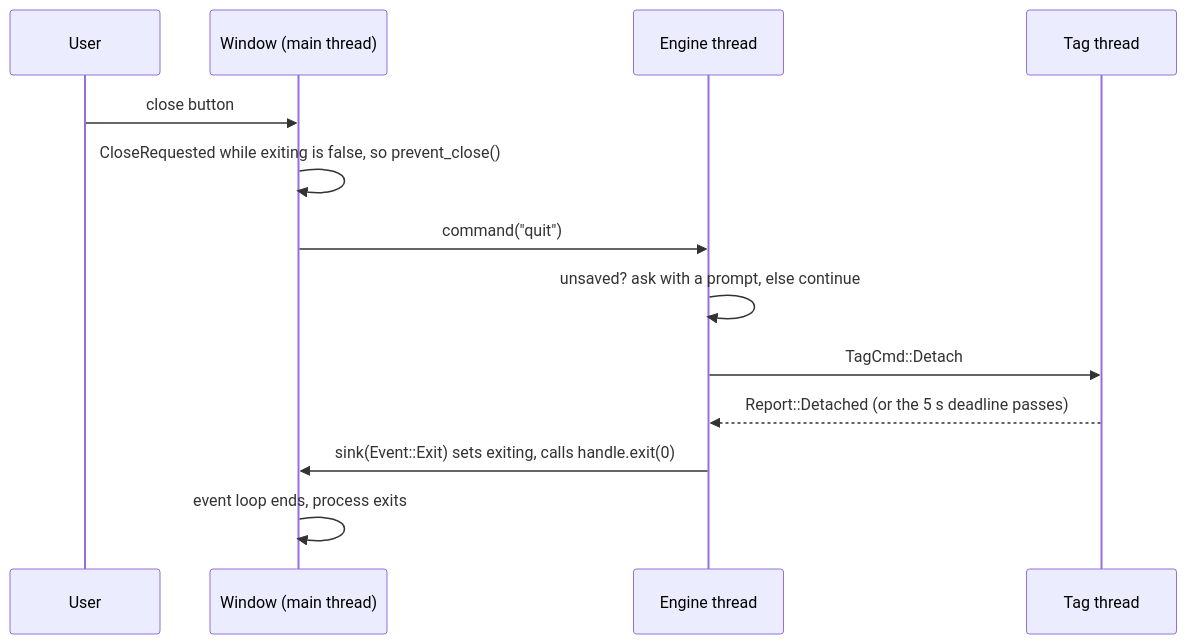
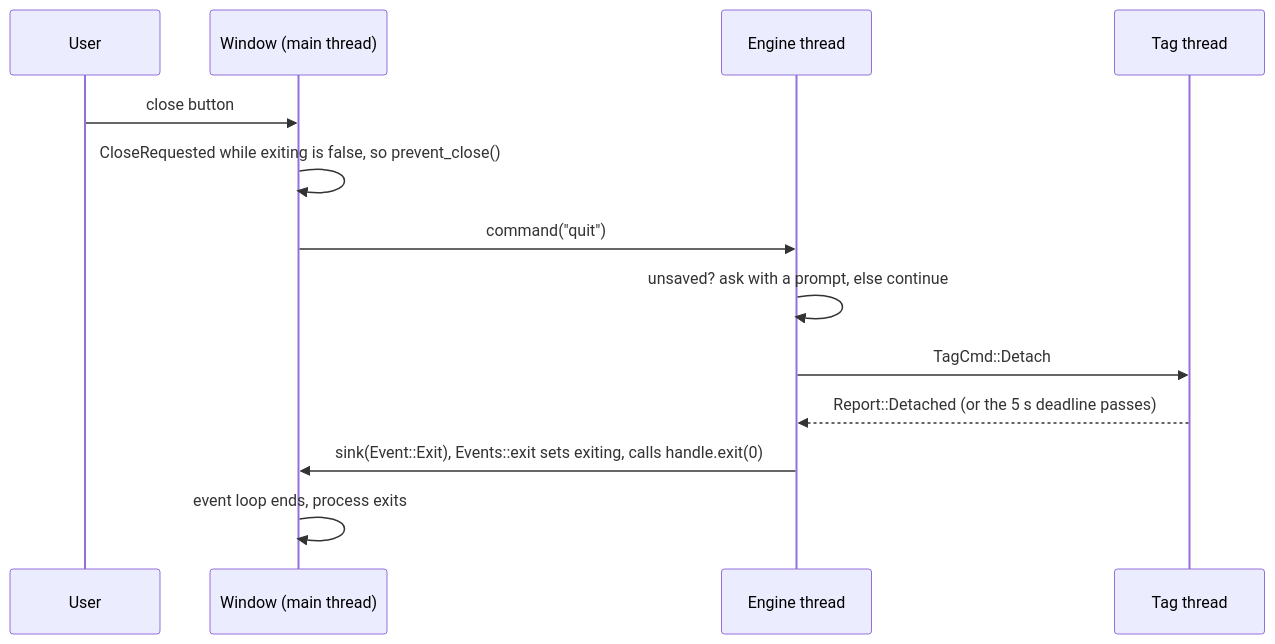
One commit to tag-designs/software changed the first of 2 diagrams in host/design/tutorial/10-tauri-shell.md. Above: the diagram before and after it, drawn with Mermaid. The commit also changed other lines of this file and 56 other files, not shown here.

````diff
--- a/host/design/tutorial/10-tauri-shell.md
+++ b/host/design/tutorial/10-tauri-shell.md
@@ -554,15 +874,15 @@
 ```mermaid
 sequenceDiagram
     participant U as User
     participant W as Window (main thread)
     participant E as Engine thread
     participant T as Tag thread
     U->>W: close button
     W->>W: CloseRequested while exiting is false, so prevent_close()
     W->>E: command("quit")
     E->>E: unsaved? ask with a prompt, else continue
     E->>T: TagCmd::Detach
     T-->>E: Report::Detached (or the 5 s deadline passes)
-    E->>W: sink(Event::Exit) sets exiting, calls handle.exit(0)
+    E->>W: sink(Event::Exit), Events::exit sets exiting, calls handle.exit(0)
     W->>W: event loop ends, process exits
 ```
````
